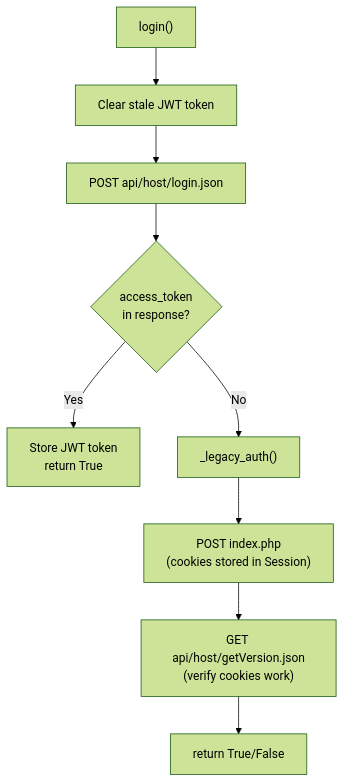
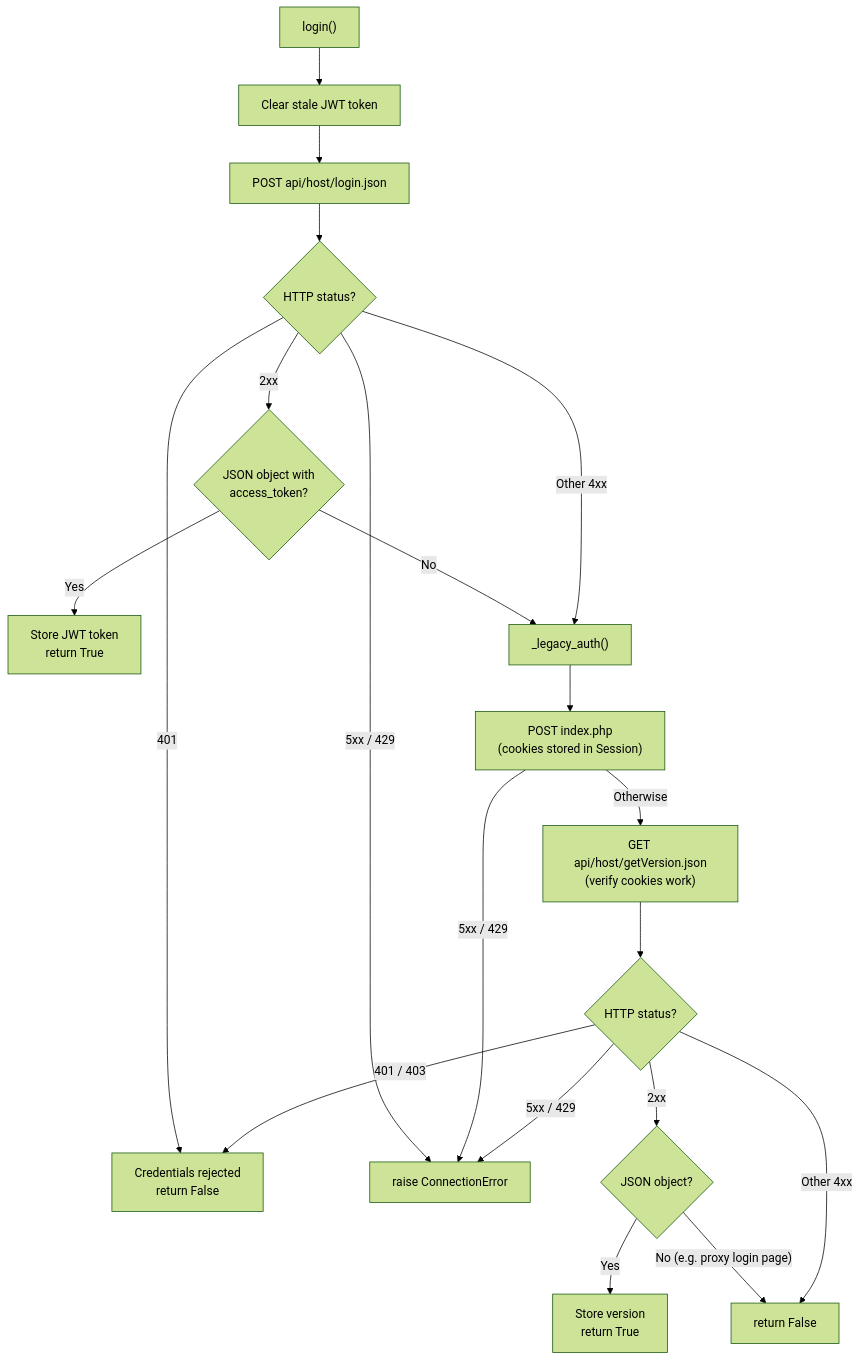
One commit to rohankapoorcom/zm-py changed the third of 5 diagrams in docs/architecture.md. Above: the diagram before and after it, drawn with Mermaid (forest theme). The commit also changed other lines of this file and 1 other file, not shown here.

First line of the commit message:
docs: correct JWT version and update auth flowcharts

````diff
--- a/docs/architecture.md
+++ b/docs/architecture.md
@@ -62,11 +70,22 @@
 ```mermaid
 flowchart TD
     A["login()"] --> B["Clear stale JWT token"]
     B --> C["POST api/host/login.json"]
-    C --> D{"access_token<br/>in response?"}
-    D -->|Yes| E["Store JWT token<br/>return True"]
-    D -->|No| F["_legacy_auth()"]
-    F --> G["POST index.php<br/>(cookies stored in Session)"]
-    G --> H["GET api/host/getVersion.json<br/>(verify cookies work)"]
-    H --> I["return True/False"]
+    C --> D{"HTTP status?"}
+    D -->|2xx| E{"JSON object with<br/>access_token?"}
+    E -->|Yes| F["Store JWT token<br/>return True"]
+    E -->|No| L["_legacy_auth()"]
+    D -->|401| R["Credentials rejected<br/>return False"]
+    D -->|"5xx / 429"| X["raise ConnectionError"]
+    D -->|"Other 4xx"| L
+    L --> G["POST index.php<br/>(cookies stored in Session)"]
+    G -->|"5xx / 429"| X
+    G -->|Otherwise| H["GET api/host/getVersion.json<br/>(verify cookies work)"]
+    H --> I{"HTTP status?"}
+    I -->|2xx| J{"JSON object?"}
+    J -->|Yes| K["Store version<br/>return True"]
+    J -->|"No (e.g. proxy login page)"| N["return False"]
+    I -->|"401 / 403"| R
+    I -->|"5xx / 429"| X
+    I -->|"Other 4xx"| N
 ```
````
